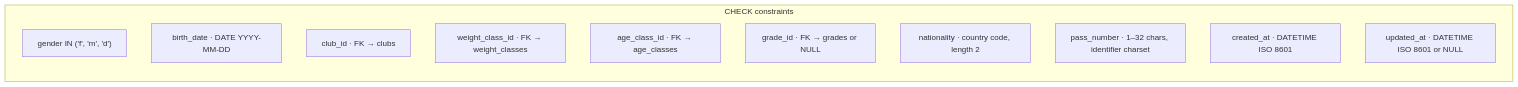
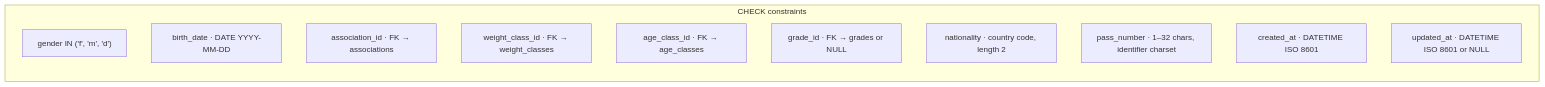
The third of 3 diagrams in docs/database/participants-schema.md (AK2083/DojoSphere), drawn with Mermaid before and after one commit. The commit also changed other lines of this file and 171 other files, not shown here.

````diff
--- a/docs/database/participants-schema.md
+++ b/docs/database/participants-schema.md
@@ -224,15 +224,15 @@
 ```mermaid
 flowchart LR
   subgraph checks["CHECK constraints"]
     G["gender IN ('f', 'm', 'd')"]
     BD["birth_date · DATE YYYY-MM-DD"]
-    CID["club_id · FK → clubs"]
+    CID["association_id · FK → associations"]
     WCID["weight_class_id · FK → weight_classes"]
     ACID["age_class_id · FK → age_classes"]
     GID["grade_id · FK → grades or NULL"]
     NAT["nationality · country code, length 2"]
     PN["pass_number · 1–32 chars, identifier charset"]
     CA["created_at · DATETIME ISO 8601"]
     UA["updated_at · DATETIME ISO 8601 or NULL"]
   end
 ```
````
